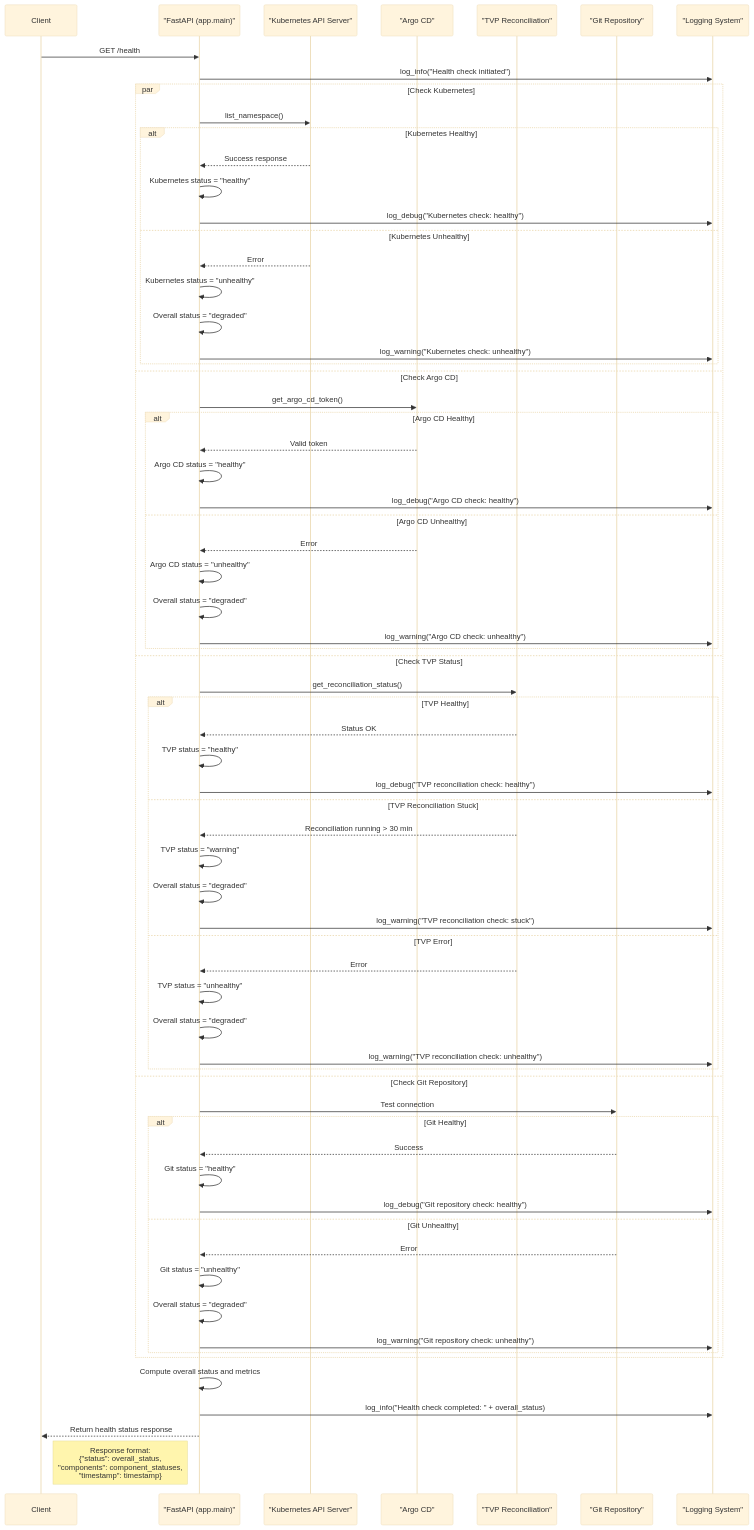
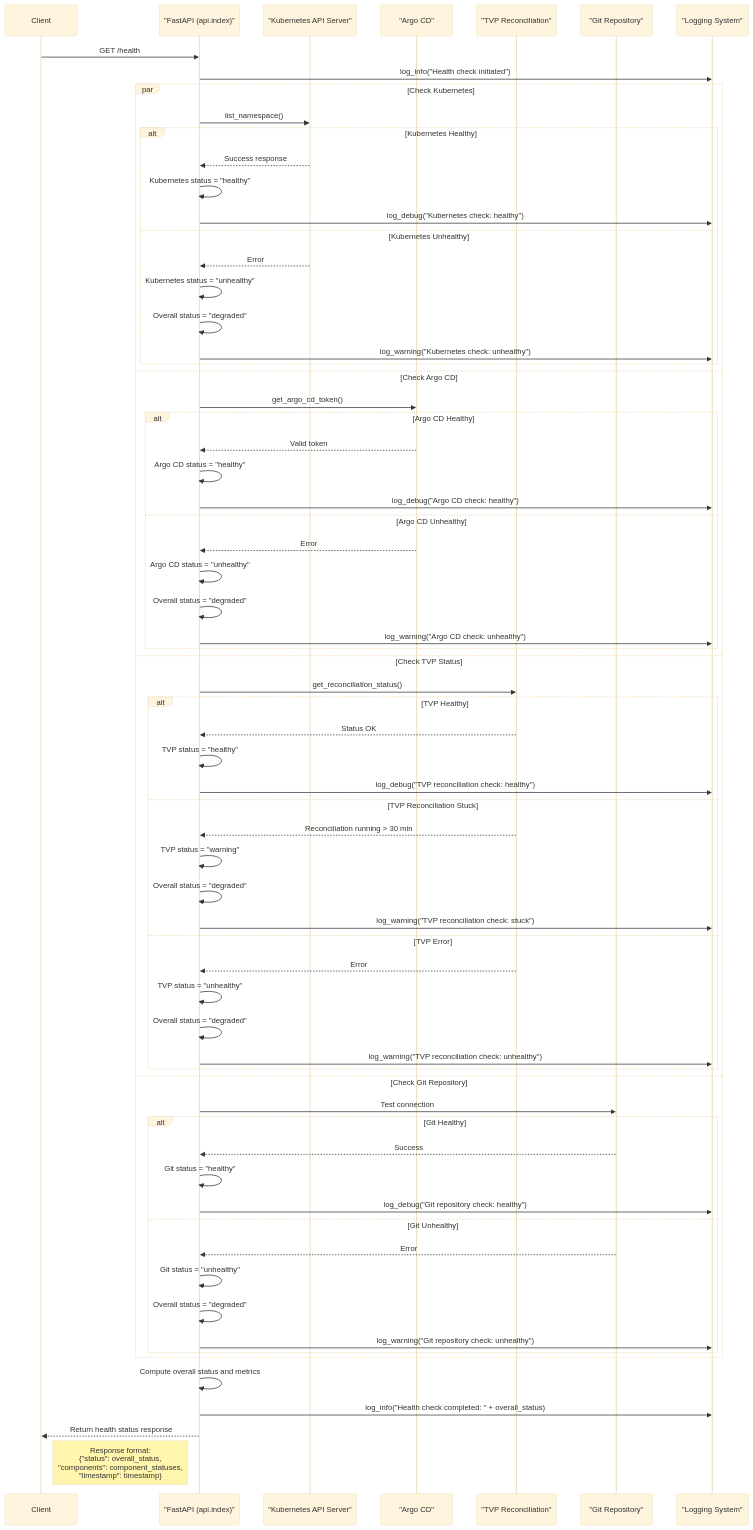
One commit to lloydchang/tvp-k8s changed the seventh of 11 diagrams in README.md. Above: the diagram before and after it, drawn with Mermaid (base theme). The commit also changed other lines of this file and 33 other files, not shown here.

````diff
--- a/README.md
+++ b/README.md
@@ -640,73 +640,73 @@
 ```mermaid
 sequenceDiagram
     participant Client
-    participant FastAPI as "FastAPI (app.main)"
+    participant FastAPI as "FastAPI (api.index)"
     participant Kubernetes as "Kubernetes API Server"
     participant ArgoCD as "Argo CD"
     participant TVP as "TVP Reconciliation"
     participant Git as "Git Repository"
     participant Logger as "Logging System"
     
     Client->>FastAPI: GET /health
     FastAPI->>Logger: log_info("Health check initiated")
     
     par Check Kubernetes
         FastAPI->>Kubernetes: list_namespace()
         alt Kubernetes Healthy
             Kubernetes-->>FastAPI: Success response
             FastAPI->>FastAPI: Kubernetes status = "healthy"
             FastAPI->>Logger: log_debug("Kubernetes check: healthy")
         else Kubernetes Unhealthy
             Kubernetes-->>FastAPI: Error
             FastAPI->>FastAPI: Kubernetes status = "unhealthy"
             FastAPI->>FastAPI: Overall status = "degraded"
             FastAPI->>Logger: log_warning("Kubernetes check: unhealthy")
         end
     and Check Argo CD
         FastAPI->>ArgoCD: get_argo_cd_token()
         alt Argo CD Healthy
             ArgoCD-->>FastAPI: Valid token
             FastAPI->>FastAPI: Argo CD status = "healthy"
             FastAPI->>Logger: log_debug("Argo CD check: healthy")
         else Argo CD Unhealthy
             ArgoCD-->>FastAPI: Error
             FastAPI->>FastAPI: Argo CD status = "unhealthy"
             FastAPI->>FastAPI: Overall status = "degraded"
             FastAPI->>Logger: log_warning("Argo CD check: unhealthy")
         end
     and Check TVP Status
         FastAPI->>TVP: get_reconciliation_status()
         alt TVP Healthy
             TVP-->>FastAPI: Status OK
             FastAPI->>FastAPI: TVP status = "healthy"
             FastAPI->>Logger: log_debug("TVP reconciliation check: healthy")
         else TVP Reconciliation Stuck
             TVP-->>FastAPI: Reconciliation running > 30 min
             FastAPI->>FastAPI: TVP status = "warning"
             FastAPI->>FastAPI: Overall status = "degraded"
             FastAPI->>Logger: log_warning("TVP reconciliation check: stuck")
         else TVP Error
             TVP-->>FastAPI: Error
             FastAPI->>FastAPI: TVP status = "unhealthy"
             FastAPI->>FastAPI: Overall status = "degraded"
             FastAPI->>Logger: log_warning("TVP reconciliation check: unhealthy")
         end
     and Check Git Repository
         FastAPI->>Git: Test connection
         alt Git Healthy
             Git-->>FastAPI: Success
             FastAPI->>FastAPI: Git status = "healthy"
             FastAPI->>Logger: log_debug("Git repository check: healthy")
         else Git Unhealthy
             Git-->>FastAPI: Error
             FastAPI->>FastAPI: Git status = "unhealthy"
             FastAPI->>FastAPI: Overall status = "degraded"
             FastAPI->>Logger: log_warning("Git repository check: unhealthy")
         end
     end
     
     FastAPI->>FastAPI: Compute overall status and metrics
     FastAPI->>Logger: log_info("Health check completed: " + overall_status)
     FastAPI-->>Client: Return health status response
     Note right of Client: Response format:<br>{"status": overall_status,<br>"components": component_statuses,<br>"timestamp": timestamp}
 ```
````
